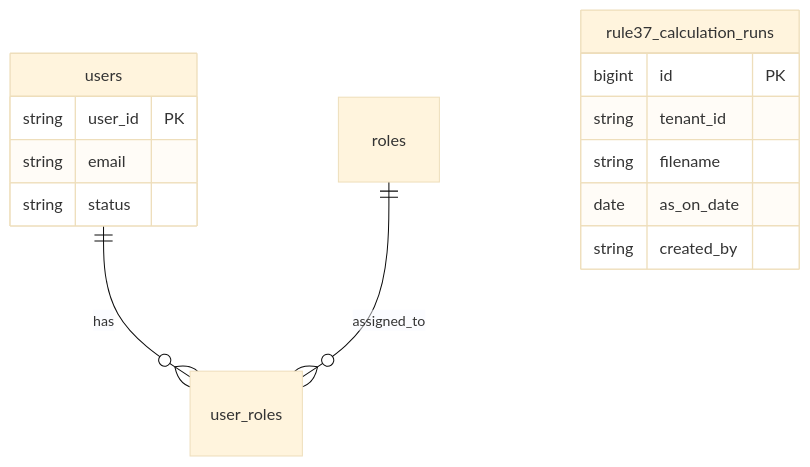
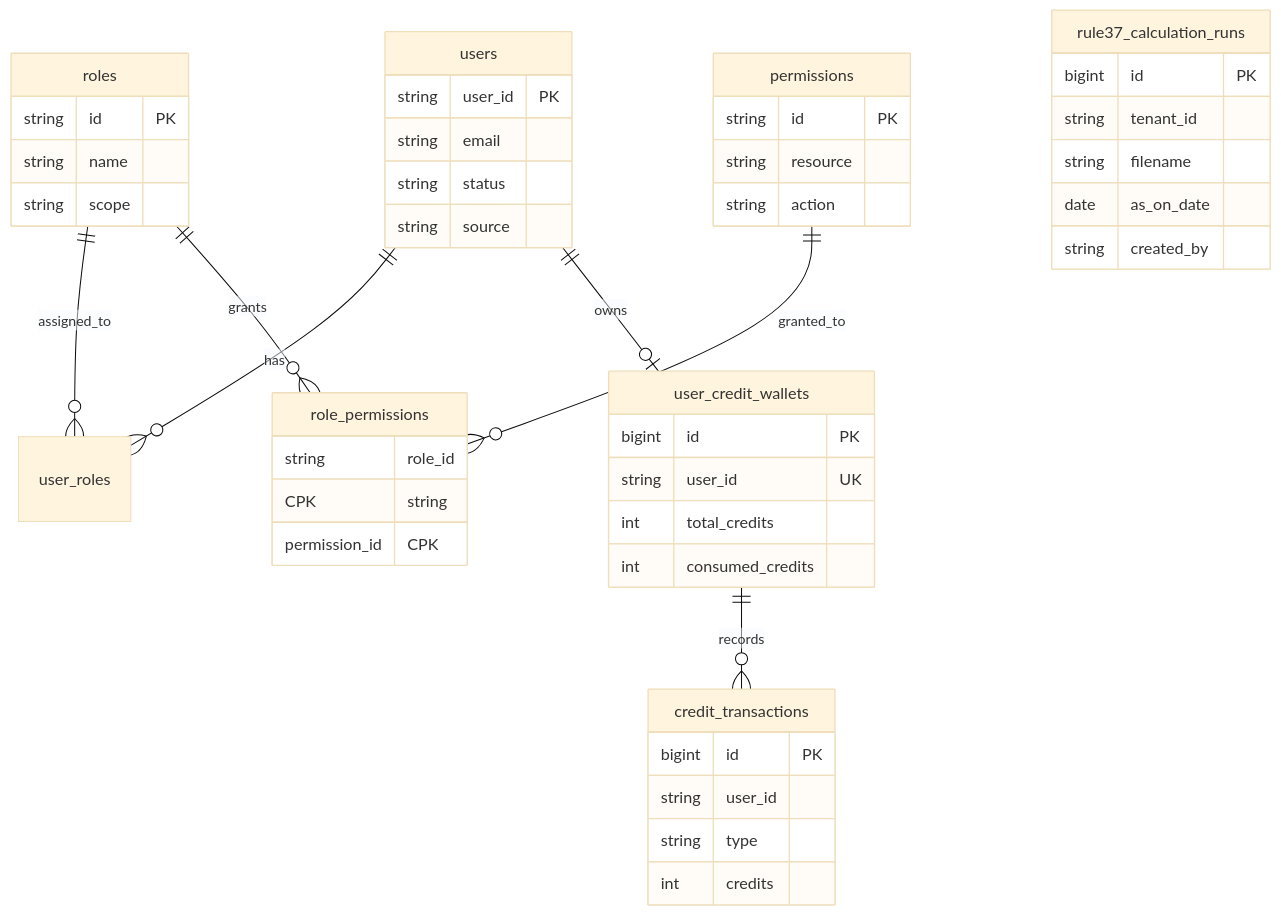
The diagram in docs/DATABASE_SCHEMA.md (pawanraocse/gst-buddy), drawn with Mermaid (base theme) before and after one commit. The commit also changed other lines of this file and 66 other files, not shown here.

Commit message:
feat: implement admin module with role management, permissions, and dashboard stats; add bootstrap endpoint for super-admin

````diff
--- a/docs/DATABASE_SCHEMA.md
+++ b/docs/DATABASE_SCHEMA.md
@@ -111,19 +138,55 @@
 ```mermaid
 erDiagram
     users ||--o{ user_roles : has
     roles ||--o{ user_roles : assigned_to
-    
+    roles ||--o{ role_permissions : grants
+    permissions ||--o{ role_permissions : granted_to
+    users ||--o| user_credit_wallets : owns
+    user_credit_wallets ||--o{ credit_transactions : records
+
     users {
         string user_id PK
         string email
         string status
+        string source
     }
-    
+
+    roles {
+        string id PK
+        string name
+        string scope
+    }
+
+    permissions {
+        string id PK
+        string resource
+        string action
+    }
+
+    role_permissions {
+        string role_id CPK
+        string permission_id CPK
+    }
+
+    user_credit_wallets {
+        bigint id PK
+        string user_id UK
+        int total_credits
+        int consumed_credits
+    }
+
+    credit_transactions {
+        bigint id PK
+        string user_id
+        string type
+        int credits
+    }
+
     rule37_calculation_runs {
         bigint id PK
         string tenant_id
         string filename
         date as_on_date
         string created_by
     }
 ```
````
